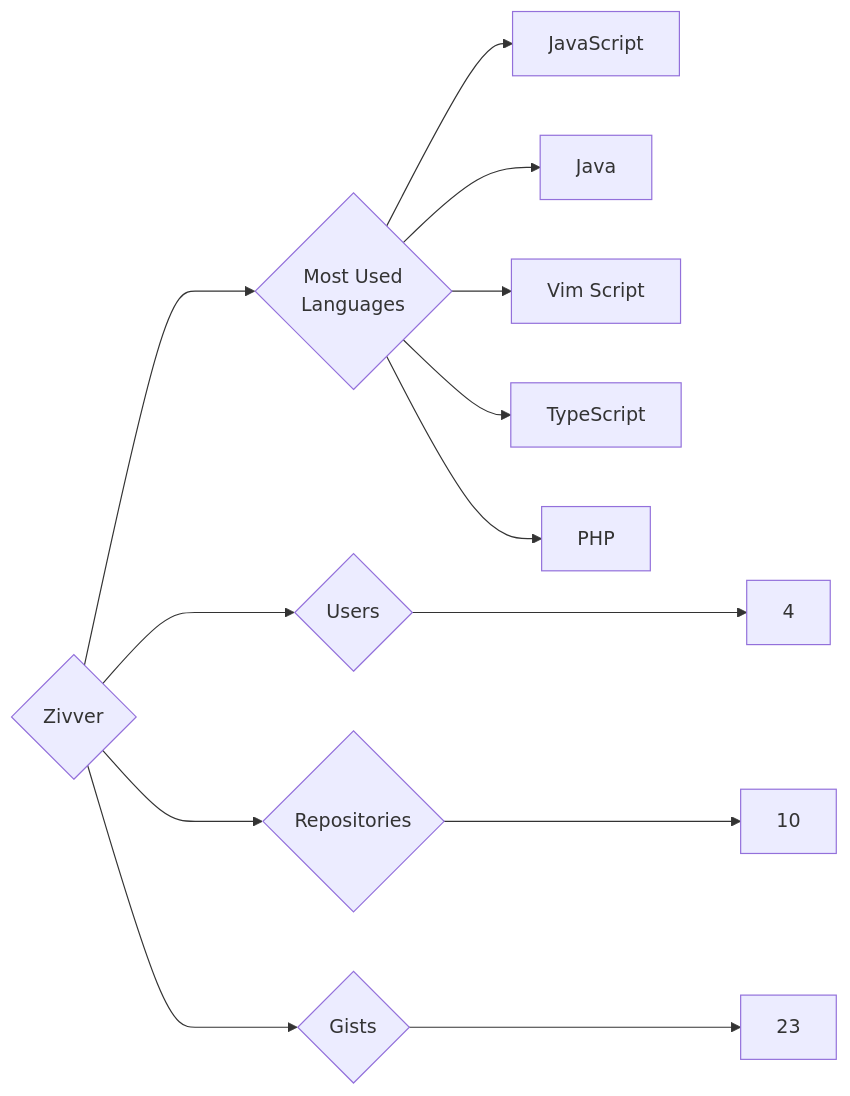
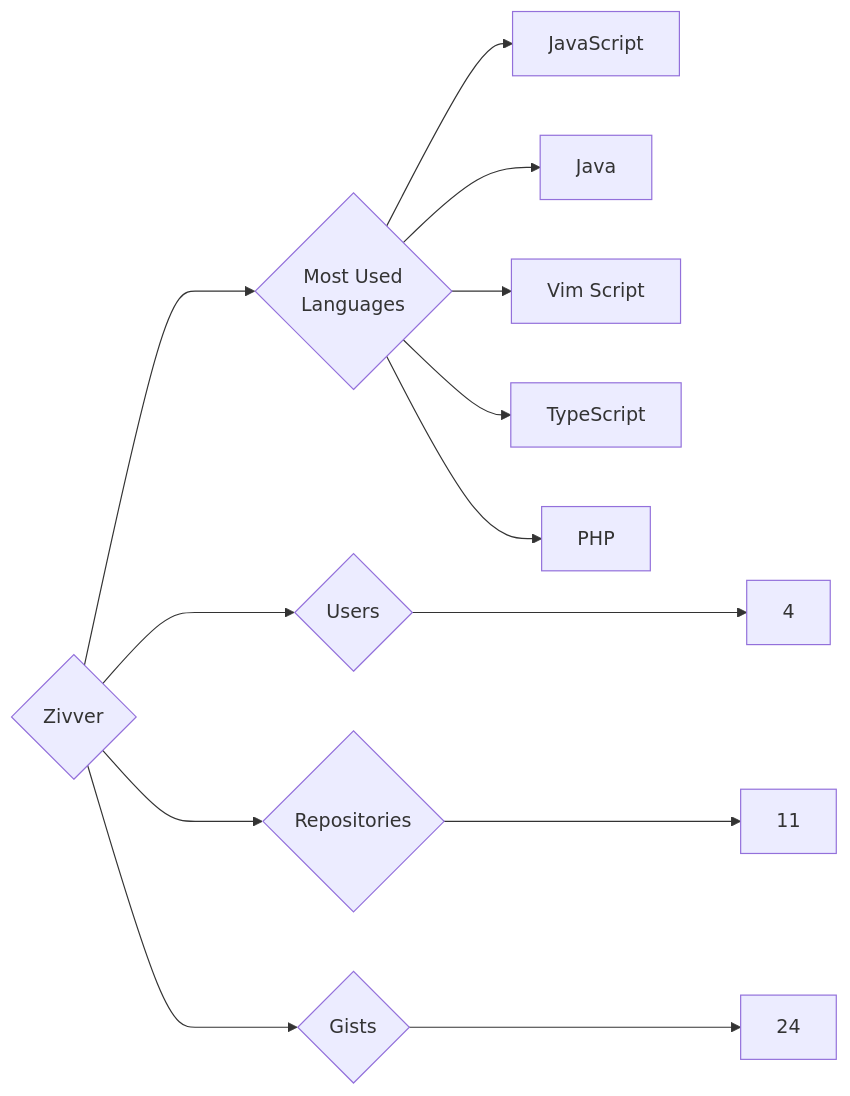
One commit to trickest/insiders changed the diagram in targets/Zivver/README.md. Above: the diagram before and after it, drawn with Mermaid. The commit also changed 1508 other files, not shown here.

````diff
--- a/targets/Zivver/README.md
+++ b/targets/Zivver/README.md
@@ -3,13 +3,13 @@
 ```mermaid
 graph LR
 COMPANY_NAME{Zivver}
 COMPANY_NAME ---> U{Users} ---> UN[4]
-COMPANY_NAME ---> R{Repositories} ---> RN[10]
-COMPANY_NAME ---> G{Gists} ---> GN[23]
+COMPANY_NAME ---> R{Repositories} ---> RN[11]
+COMPANY_NAME ---> G{Gists} ---> GN[24]
 COMPANY_NAME ---> ML{Most Used<br>Languages}
 ML --> JavaScript[JavaScript]
 ML --> Java[Java]
 ML --> Vim_Script[Vim Script]
 ML --> TypeScript[TypeScript]
 ML --> PHP[PHP]
 ```
````
